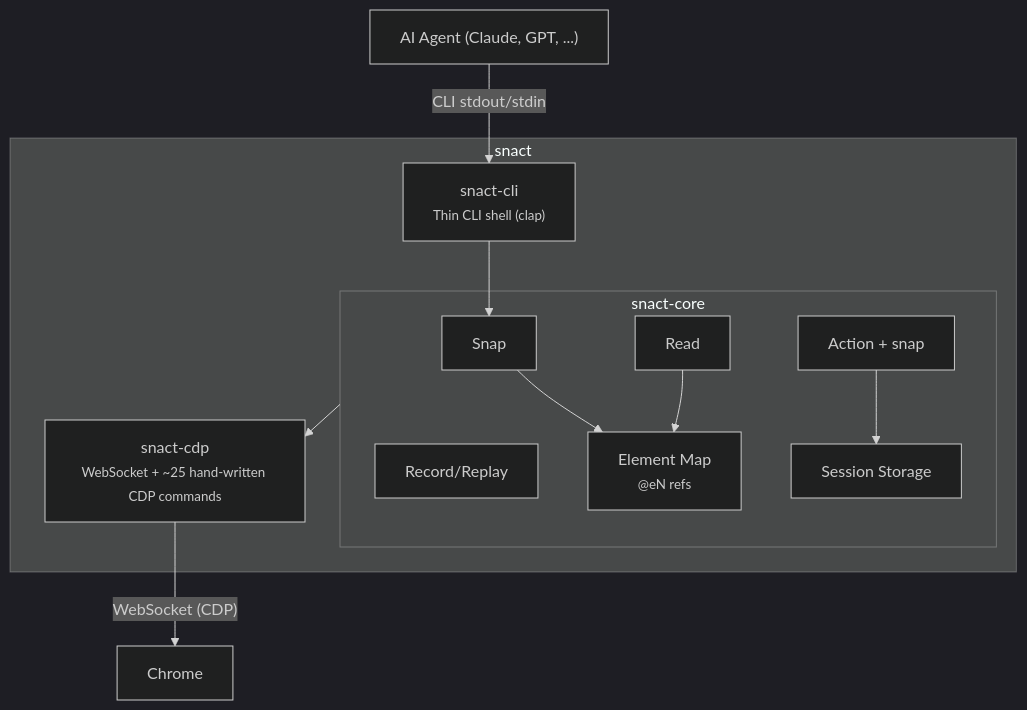
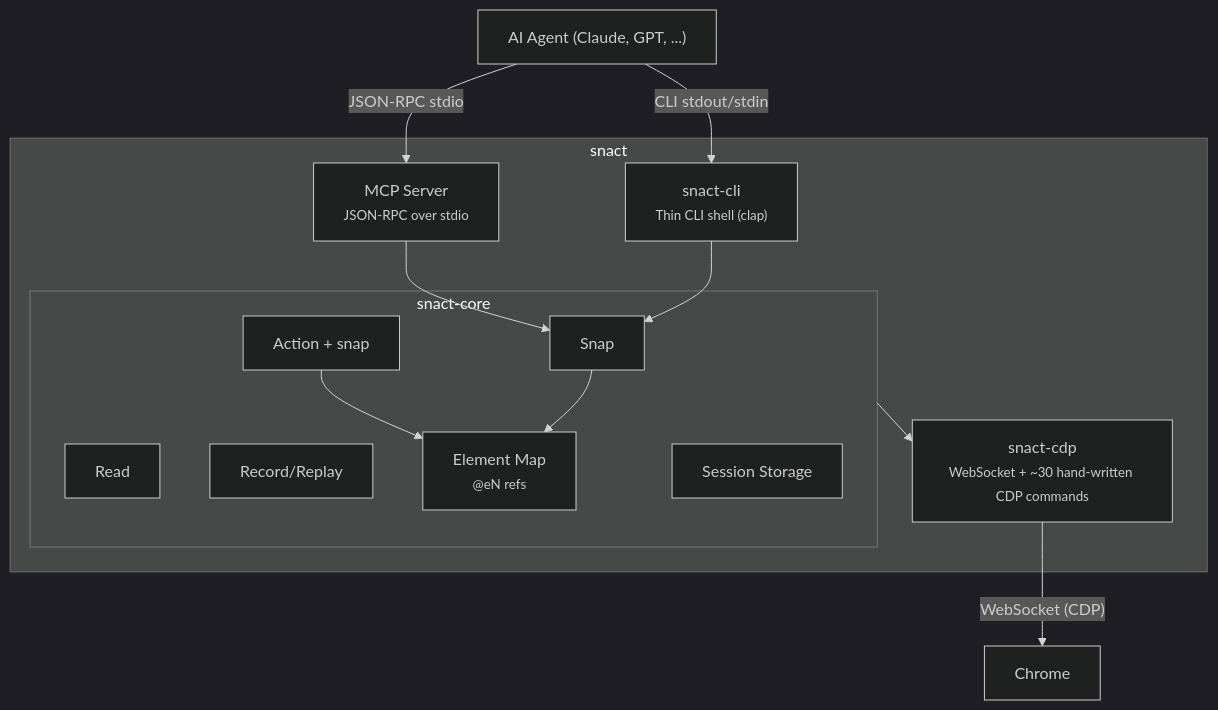
Before and after one commit to vericontext/snact: the diagram in README.md, drawn with Mermaid (dark theme). The commit also changed other lines of this file, not shown here.

Commit message:
docs: fix architecture diagram to match actual code
- Remove incorrect Read → Element Map arrow (read uses JS, not element map)
- Add MCP server as separate entry point
- Session Storage as independent module, not Action-only
- Update CDP command count ~25 → ~30
- Action → Element Map (actions resolve @eN refs via element map)

````diff
--- a/README.md
+++ b/README.md
@@ -284,22 +284,25 @@
 ```mermaid
 graph TD
     A["AI Agent (Claude, GPT, ...)"] -->|"CLI stdout/stdin"| B
+    A -->|"JSON-RPC stdio"| M
 
     subgraph snact
         B["snact-cli<br/><small>Thin CLI shell (clap)</small>"]
+        M["MCP Server<br/><small>JSON-RPC over stdio</small>"]
         B --> C
+        M --> C
 
         subgraph core["snact-core"]
             C["Snap"] & D["Read"] & E["Action + snap"] & F["Record/Replay"]
             C --> G["Element Map<br/><small>@eN refs</small>"]
-            D --> G
-            E --> H["Session Storage"]
+            E --> G
+            H["Session Storage"]
         end
 
         core --> I
 
-        I["snact-cdp<br/><small>WebSocket + ~25 hand-written CDP commands</small>"]
+        I["snact-cdp<br/><small>WebSocket + ~30 hand-written CDP commands</small>"]
     end
 
     I -->|"WebSocket (CDP)"| J["Chrome"]
 ```
````
